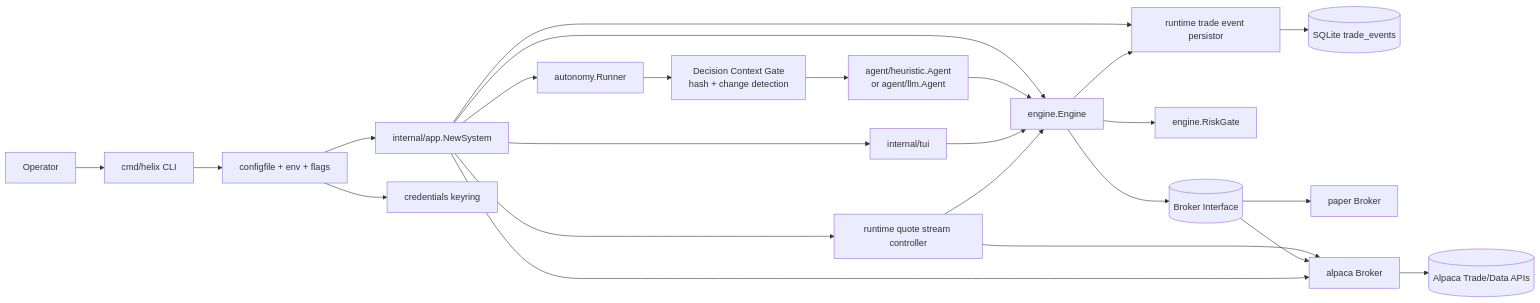
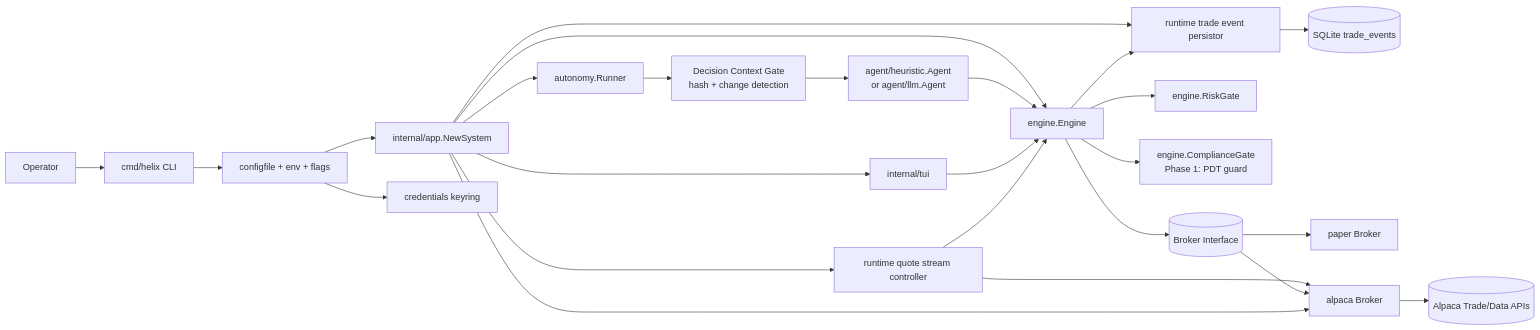
One commit to nerdstep/helix-tui changed the first of 6 diagrams in docs/architecture.md. Above: the diagram before and after it, drawn with Mermaid. The commit also changed other lines of this file and 20 other files, not shown here.

Commit message:
compliance phase 1

````diff
--- a/docs/architecture.md
+++ b/docs/architecture.md
@@ -5,45 +5,47 @@
 ```mermaid
 flowchart LR
     U[Operator]
     CLI[cmd/helix CLI]
     CFG[configfile + env + flags]
     APP[internal/app.NewSystem]
     TUI[internal/tui]
     RUNNER[autonomy.Runner]
     CTX[Decision Context Gate<br/>hash + change detection]
     QSC[runtime quote stream controller]
     AGENT[agent/heuristic.Agent<br/>or agent/llm.Agent]
     ENGINE[engine.Engine]
     EVTDB[(SQLite trade_events)]
     EVTSINK[runtime trade event persistor]
     RISK[engine.RiskGate]
+    COMPLIANCE[engine.ComplianceGate<br/>Phase 1: PDT guard]
     KEYRING[credentials keyring]
     AB[(Broker Interface)]
     PBRK[paper Broker]
     ABRK[alpaca Broker]
     ALPACA[(Alpaca Trade/Data APIs)]
 
     U --> CLI
     CLI --> CFG
     CFG --> APP
     CFG --> KEYRING
     APP --> ENGINE
     APP --> TUI
     APP --> RUNNER
     APP --> QSC
     APP --> EVTSINK
     RUNNER --> CTX
     CTX --> AGENT
     AGENT --> ENGINE
     TUI --> ENGINE
     QSC --> ENGINE
     QSC --> ABRK
     ENGINE --> RISK
+    ENGINE --> COMPLIANCE
     ENGINE --> EVTSINK
     EVTSINK --> EVTDB
     ENGINE --> AB
     AB --> PBRK
     AB --> ABRK
     ABRK --> ALPACA
     APP --> ABRK
 ```
````
